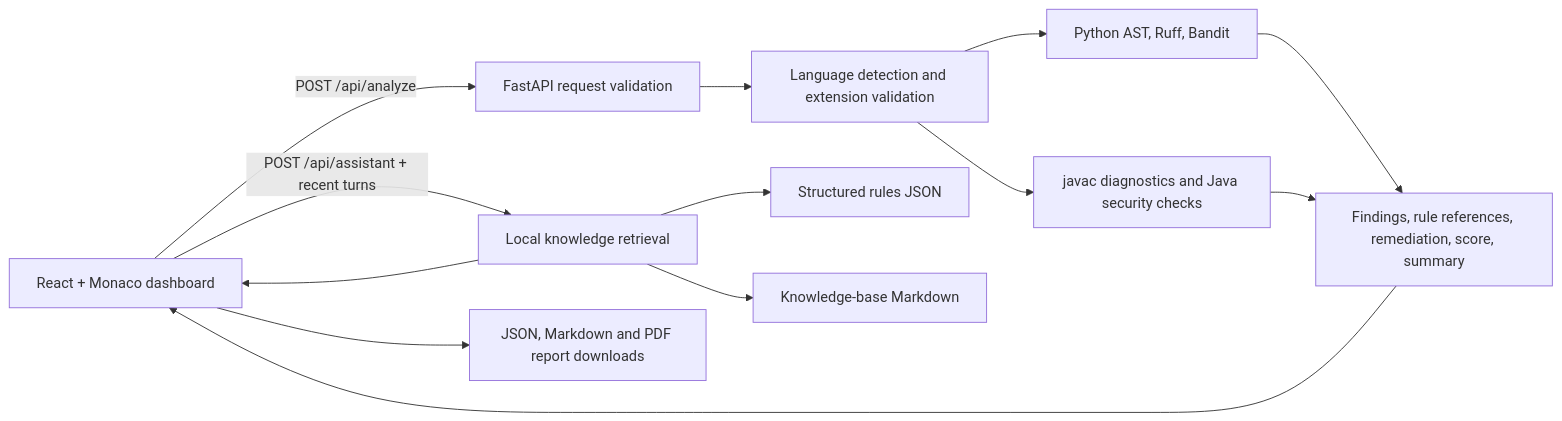
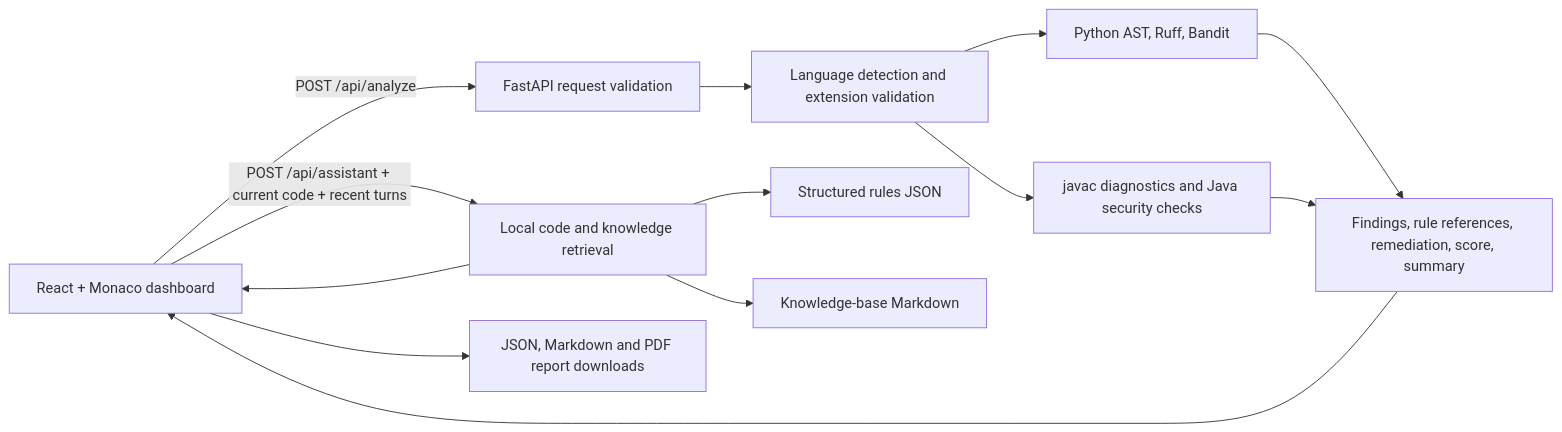
Before and after one commit to Masturunnisa/ai-code-review-agent: the diagram in ai-code-review-agent/ARCHITECTURE.md, drawn with Mermaid. The commit also changed other lines of this file and 10 other files, not shown here.

First line of the commit message:
Complete code health reporting and assistant context

````diff
--- a/ai-code-review-agent/ARCHITECTURE.md
+++ b/ai-code-review-agent/ARCHITECTURE.md
@@ -14,15 +14,15 @@
 ```mermaid
 flowchart LR
     UI[React + Monaco dashboard] -->|POST /api/analyze| API[FastAPI request validation]
-    UI -->|POST /api/assistant + recent turns| KB[Local knowledge retrieval]
+    UI -->|POST /api/assistant + current code + recent turns| KB[Local code and knowledge retrieval]
     API --> LANG[Language detection and extension validation]
     LANG --> PY[Python AST, Ruff, Bandit]
     LANG --> JAVA[javac diagnostics and Java security checks]
     PY --> NORMALIZE[Findings, rule references, remediation, score, summary]
     JAVA --> NORMALIZE
     NORMALIZE --> UI
     KB --> RULES[Structured rules JSON]
     KB --> DOCS[Knowledge-base Markdown]
     KB --> UI
     UI --> EXPORT[JSON, Markdown and PDF report downloads]
 ```
````
